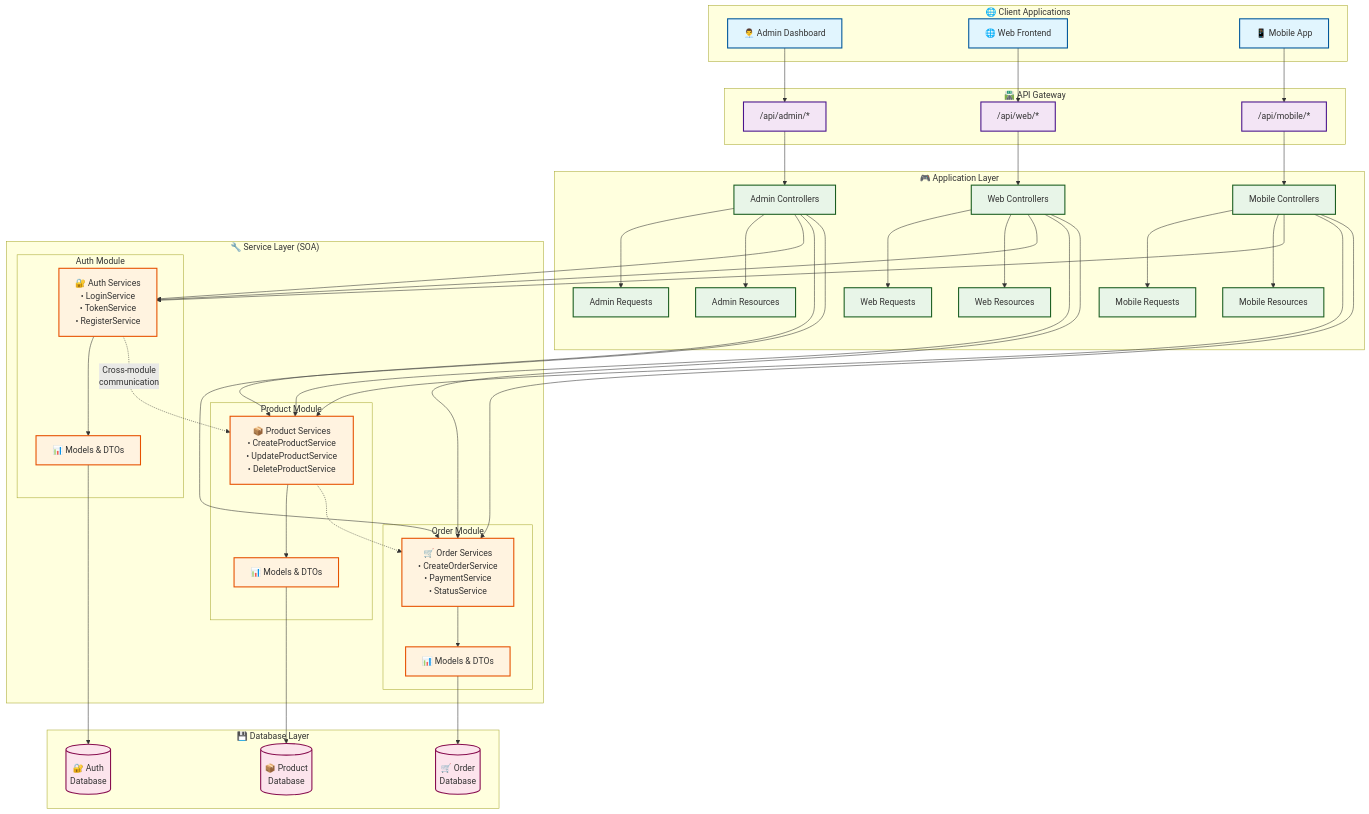
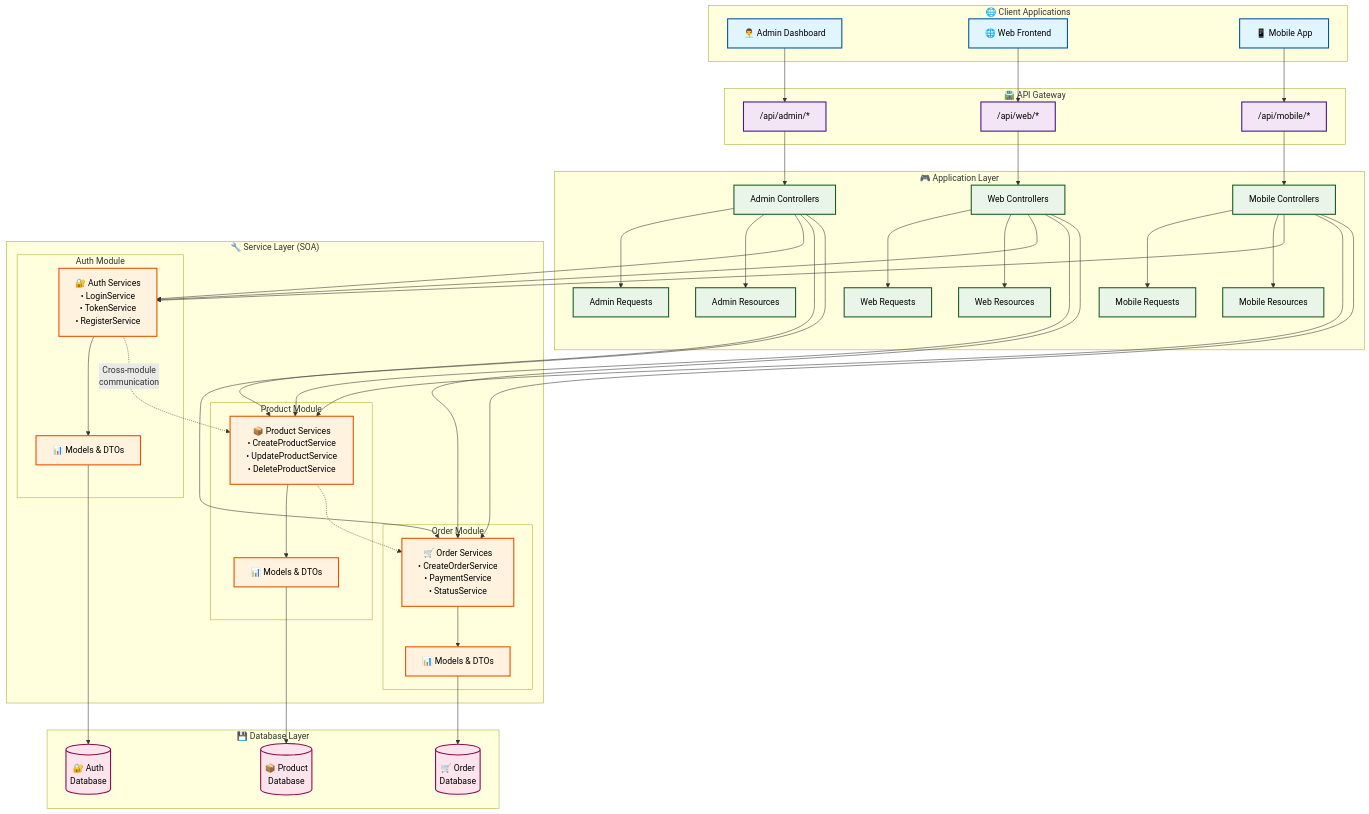
The diagram in README.md (dafalagi/laravel-soa-starter), drawn with Mermaid before and after one commit.

Commit message:
fix(docs): update architecture overview diagram styles for better visibility

```diff
--- a/README.md
+++ b/README.md
@@ -155,11 +155,11 @@
     ProductServices -.-> OrderServices
 
     %% Styling
-    classDef clientStyle fill:#e1f5fe,stroke:#01579b,stroke-width:2px
-    classDef gatewayStyle fill:#f3e5f5,stroke:#4a148c,stroke-width:2px
-    classDef appStyle fill:#e8f5e8,stroke:#1b5e20,stroke-width:2px
-    classDef serviceStyle fill:#fff3e0,stroke:#e65100,stroke-width:2px
-    classDef dbStyle fill:#fce4ec,stroke:#880e4f,stroke-width:2px
+    classDef clientStyle fill:#e1f5fe,stroke:#01579b,stroke-width:2px,color:#000000
+    classDef gatewayStyle fill:#f3e5f5,stroke:#4a148c,stroke-width:2px,color:#000000
+    classDef appStyle fill:#e8f5e8,stroke:#1b5e20,stroke-width:2px,color:#000000
+    classDef serviceStyle fill:#fff3e0,stroke:#e65100,stroke-width:2px,color:#000000
+    classDef dbStyle fill:#fce4ec,stroke:#880e4f,stroke-width:2px,color:#000000
 
     class Admin,Web,Mobile clientStyle
     class AdminRoutes,WebRoutes,MobileRoutes gatewayStyle
```
